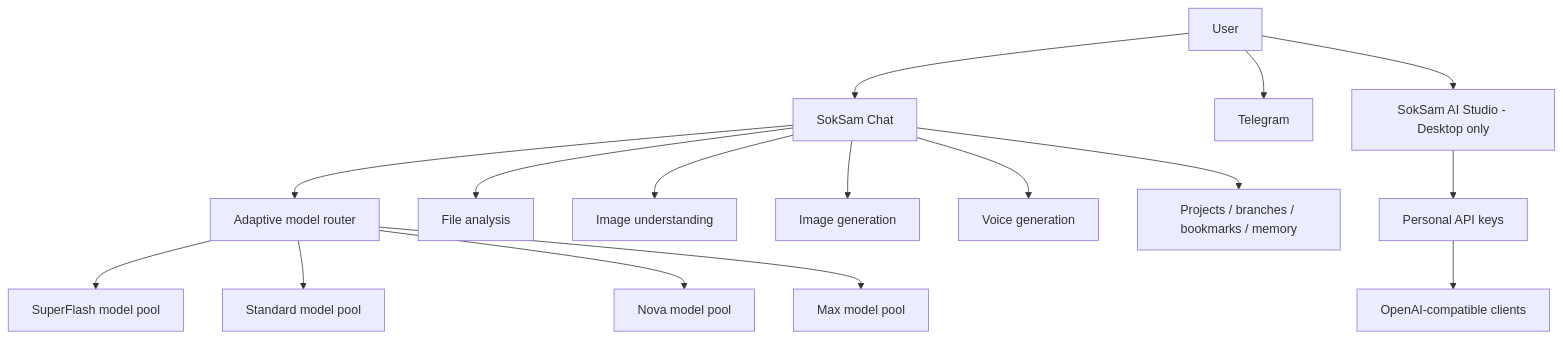
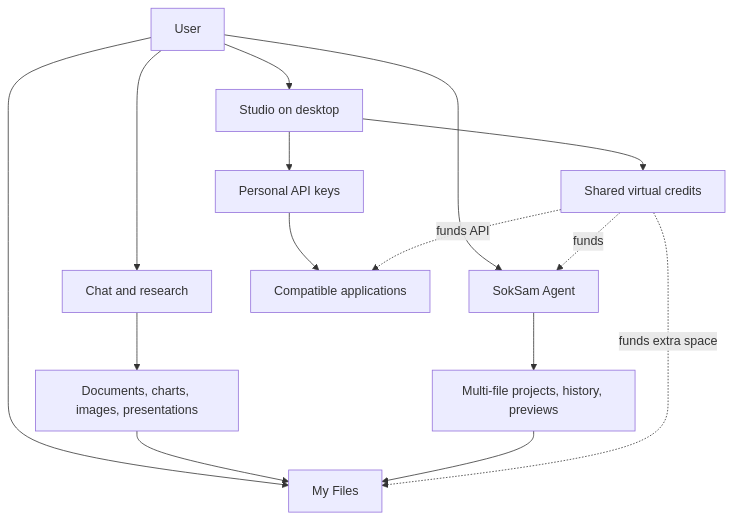
Before and after one commit to soksamai/soksam-ai: the diagram in docs/ARCHITECTURE.md, drawn with Mermaid. The commit also changed other lines of this file and 12 other files, not shown here.

Commit message:
docs: align public guides with Agent, My Files and Studio credit rules

````diff
--- a/docs/ARCHITECTURE.md
+++ b/docs/ARCHITECTURE.md
@@ -5,21 +5,17 @@
 ```mermaid
 flowchart TD
-    U[User] --> CHAT[SokSam Chat]
-    U --> TG[Telegram]
-    U --> STUDIO[SokSam AI Studio - Desktop only]
-
-    CHAT --> ROUTER[Adaptive model router]
-    ROUTER --> SF[SuperFlash model pool]
-    ROUTER --> STD[Standard model pool]
-    ROUTER --> NOVA[Nova model pool]
-    ROUTER --> MAX[Max model pool]
-
-    CHAT --> FILES[File analysis]
-    CHAT --> VISION[Image understanding]
-    CHAT --> IMAGEGEN[Image generation]
-    CHAT --> VOICE[Voice generation]
-    CHAT --> PROJECTS[Projects / branches / bookmarks / memory]
-
-    STUDIO --> KEYS[Personal API keys]
-    KEYS --> COMPAT[OpenAI-compatible clients]
+    U[User] --> C[Chat and research]
+    U --> A[SokSam Agent]
+    U --> F[My Files]
+    U --> S[Studio on desktop]
+    C --> O[Documents, charts, images, presentations]
+    O --> F
+    A --> P[Multi-file projects, history, previews]
+    P --> F
+    S --> K[Personal API keys]
+    K --> I[Compatible applications]
+    S --> B[Shared virtual credits]
+    B -. funds .-> A
+    B -. funds API .-> I
+    B -. funds extra space .-> F
 ```
````
